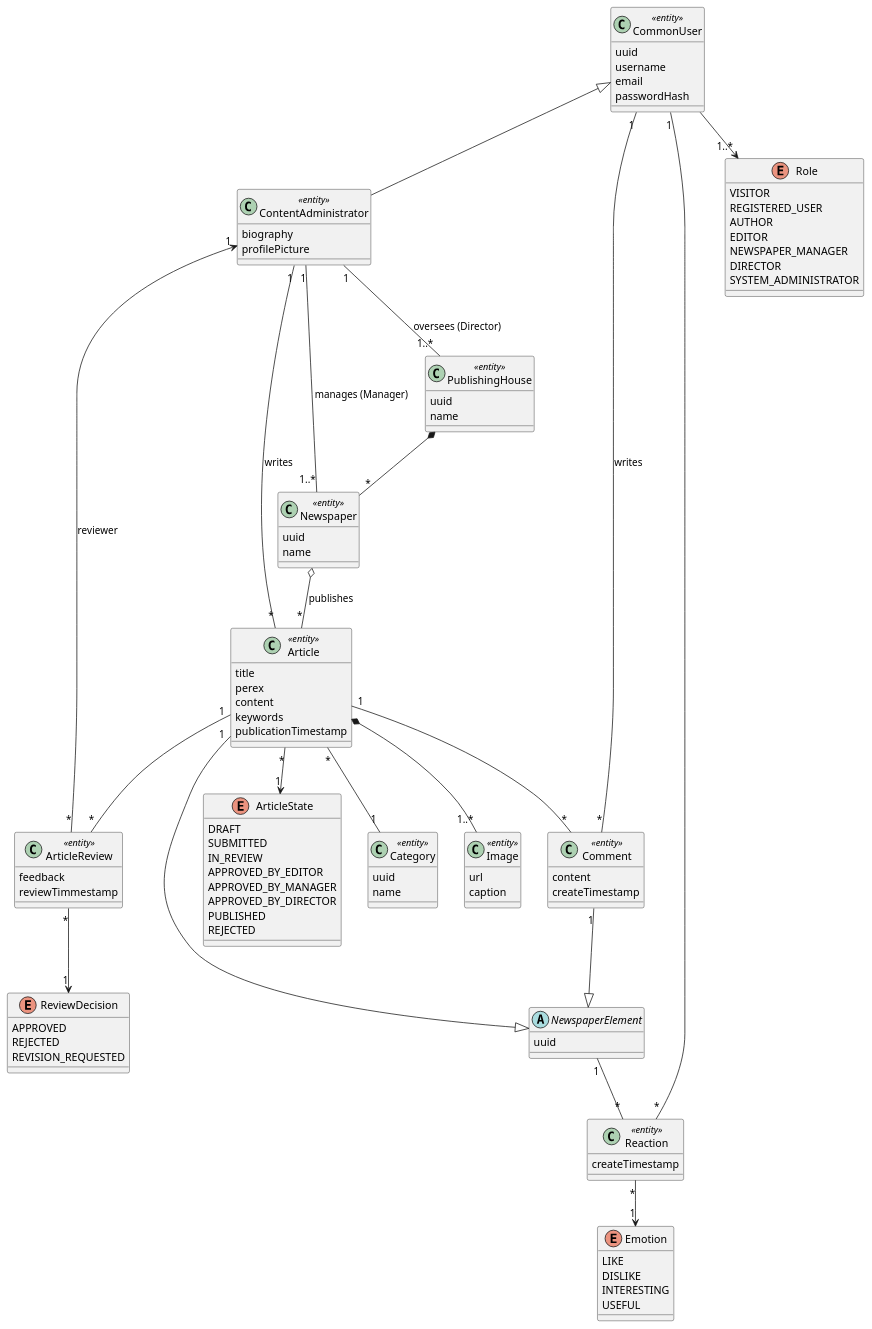
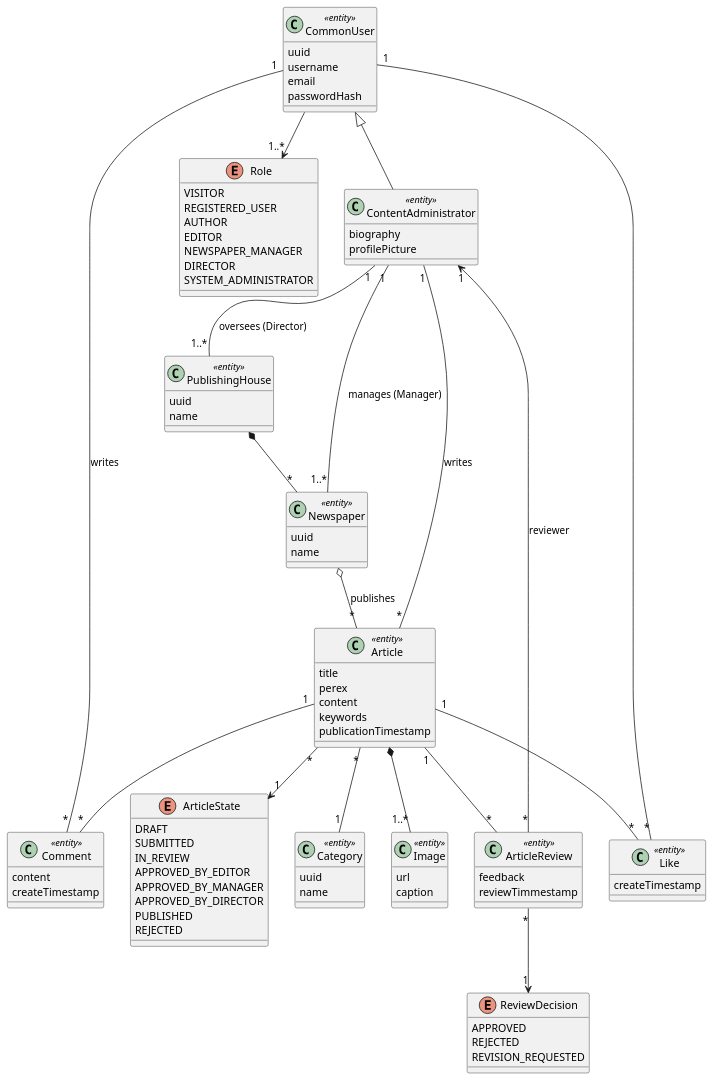
The diagram in docs/domain_model.puml (bednarikvilem/publishing-house), drawn with PlantUML before and after one commit. The commit also changed 1 other file, not shown here.

```diff
--- a/docs/domain_model.puml
+++ b/docs/domain_model.puml
@@ -1,165 +1,149 @@
 @startuml
 
 ' =====================
 ' Users and Roles
 ' =====================
 
 class CommonUser <<entity>> {
   uuid
   username
   email
   passwordHash
 }
 
 class ContentAdministrator <<entity>> {
   biography
   profilePicture
 }
 
 enum Role {
   VISITOR
   REGISTERED_USER
   AUTHOR
   EDITOR
   NEWSPAPER_MANAGER
   DIRECTOR
   SYSTEM_ADMINISTRATOR
 }
 
 CommonUser --> "1..*" Role
 CommonUser <|-- ContentAdministrator
 
 
 ' =====================
 ' Publishing Structure
 ' =====================
 
 class PublishingHouse <<entity>> {
   uuid
   name
 }
 
 class Newspaper <<entity>> {
   uuid
   name
 }
 
 PublishingHouse *-- "*" Newspaper
 ContentAdministrator "1" -- "1..*" Newspaper : manages (Manager)
 ContentAdministrator "1" -- "1..*" PublishingHouse : oversees (Director)
 
 
 ' =====================
 ' Article System
 ' =====================
 
 class Article <<entity>> {
   title
   perex
   content
   keywords
   publicationTimestamp
 }
 
 enum ArticleState {
   DRAFT
   SUBMITTED
   IN_REVIEW
   APPROVED_BY_EDITOR
   APPROVED_BY_MANAGER
   APPROVED_BY_DIRECTOR
   PUBLISHED
   REJECTED
 }
 
 Article "*" --> "1" ArticleState
 
 ContentAdministrator "1" -- "*" Article : writes
 Newspaper o-- "*" Article : publishes
 
-abstract class NewspaperElement {
-  uuid
-}
-
-Article "1" --|> NewspaperElement
-Comment "1" --|> NewspaperElement
-
-enum Emotion {
-  LIKE
-  DISLIKE
-  INTERESTING
-  USEFUL
-}
-
-Reaction "*" --> "1" Emotion
-
 ' =====================
 ' Categories
 ' =====================
 
 class Category <<entity>> {
   uuid
   name
 }
 
 Article "*" -- "1" Category
 
 
 ' =====================
 ' Article Images
 ' =====================
 
 class Image <<entity>> {
   url
   caption
 }
 
 Article *-- "1..*" Image
 
 
 ' =====================
 ' Comments
 ' =====================
 
 class Comment <<entity>> {
   content
   createTimestamp
 }
 
 CommonUser "1" -- "*" Comment : writes
 Article "1" -- "*" Comment
 
 
 ' =====================
 ' Likes
 ' =====================
 
-class Reaction <<entity>> {
+class Like <<entity>> {
     createTimestamp
 }
 
-CommonUser "1" -- "*" Reaction
-NewspaperElement "1" -- "*" Reaction
+CommonUser "1" -- "*" Like
+Article "1" -- "*" Like
 
 
 ' =====================
 ' Article Review Workflow
 ' =====================
 
 class ArticleReview <<entity>> {
   feedback
   reviewTimmestamp
 }
 
 enum ReviewDecision {
   APPROVED
   REJECTED
   REVISION_REQUESTED
 }
 
 Article "1" -- "*" ArticleReview
 ContentAdministrator "1" <-- "*" ArticleReview : reviewer
 ArticleReview "*" --> "1" ReviewDecision
 
 
 @enduml
```
